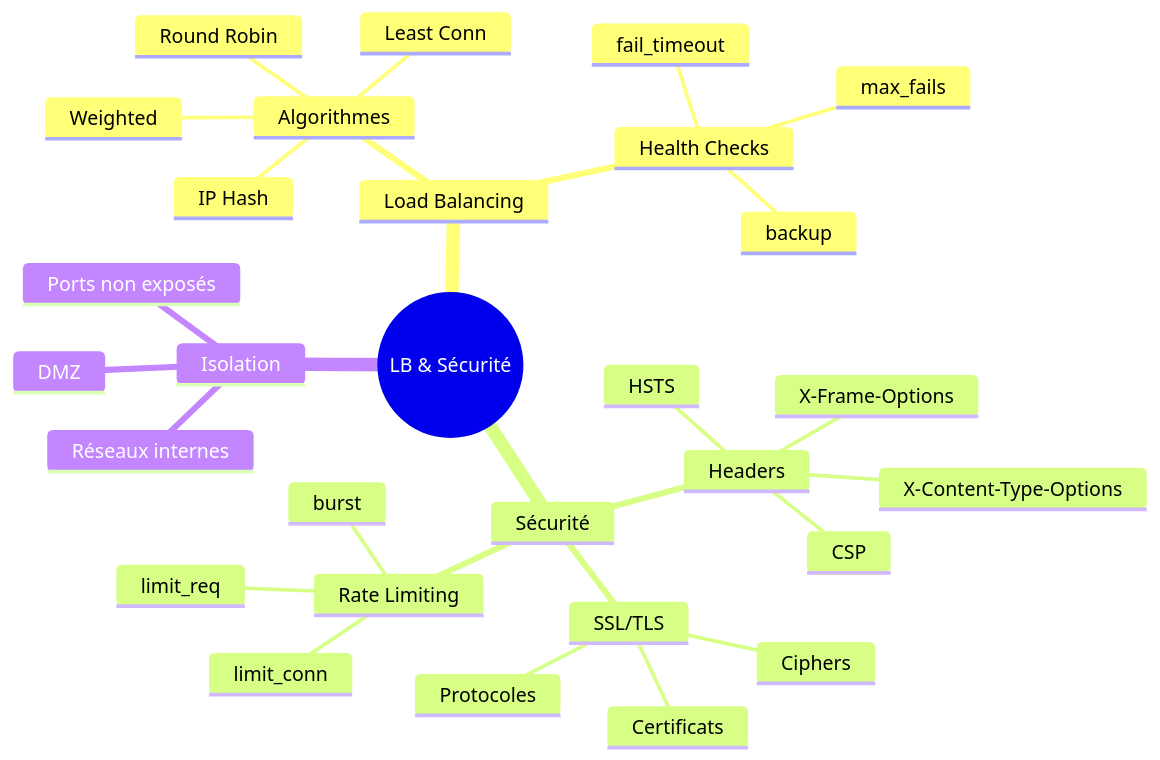
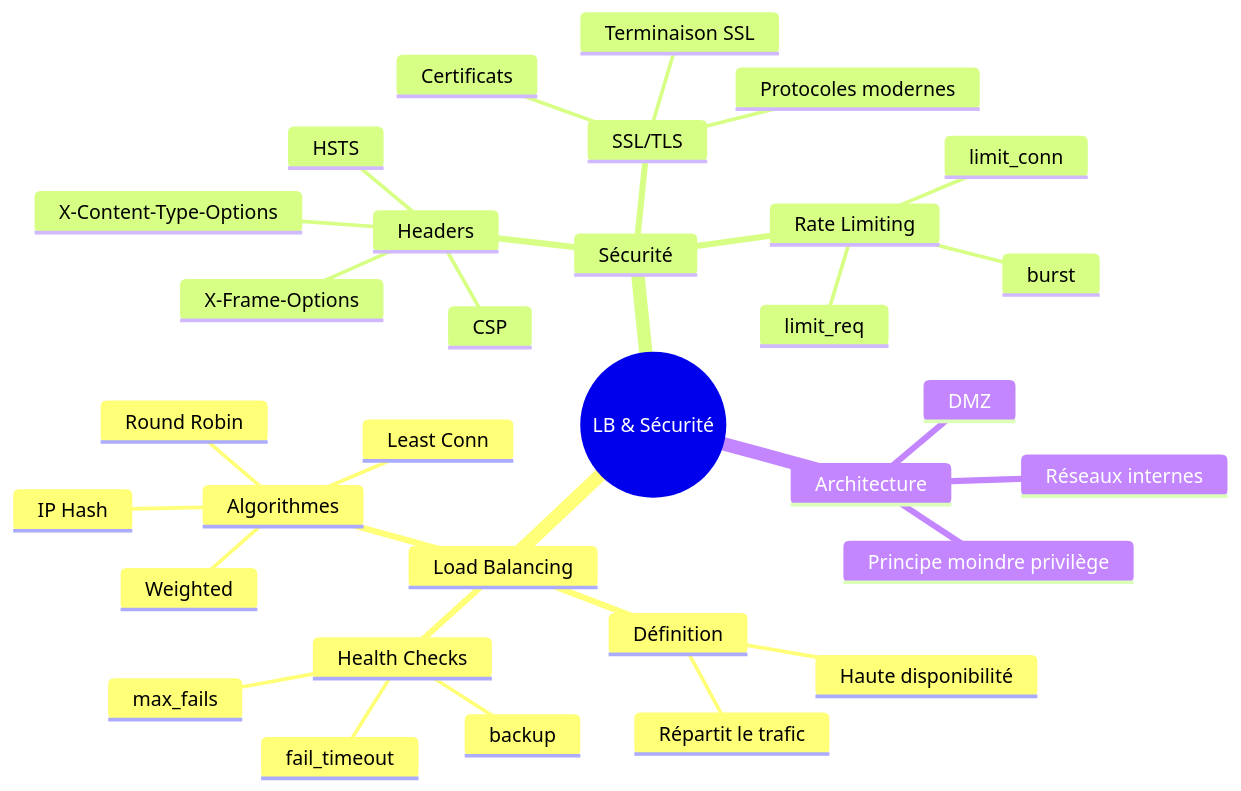
One commit to haythem-rehouma/deploiement-de-solutions-de-donnees changed the eighth of 8 diagrams in 04-docker-swarm-nginx/10-nginx-load-balancer-securite.md. Above: the diagram before and after it, drawn with Mermaid. The commit also changed other lines of this file and 9 other files, not shown here.

````diff
--- a/04-docker-swarm-nginx/10-nginx-load-balancer-securite.md
+++ b/04-docker-swarm-nginx/10-nginx-load-balancer-securite.md
@@ -589,32 +796,35 @@
 ```mermaid
 mindmap
   root((LB & Sécurité))
     Load Balancing
+      Définition
+        Répartit le trafic
+        Haute disponibilité
       Algorithmes
         Round Robin
         Least Conn
         IP Hash
         Weighted
       Health Checks
         max_fails
         fail_timeout
         backup
     Sécurité
       Headers
         X-Frame-Options
         X-Content-Type-Options
         CSP
         HSTS
       SSL/TLS
         Certificats
-        Protocoles
-        Ciphers
+        Terminaison SSL
+        Protocoles modernes
       Rate Limiting
         limit_req
         limit_conn
         burst
-    Isolation
-      Ports non exposés
+    Architecture
+      Principe moindre privilège
       Réseaux internes
       DMZ
 ```
````
